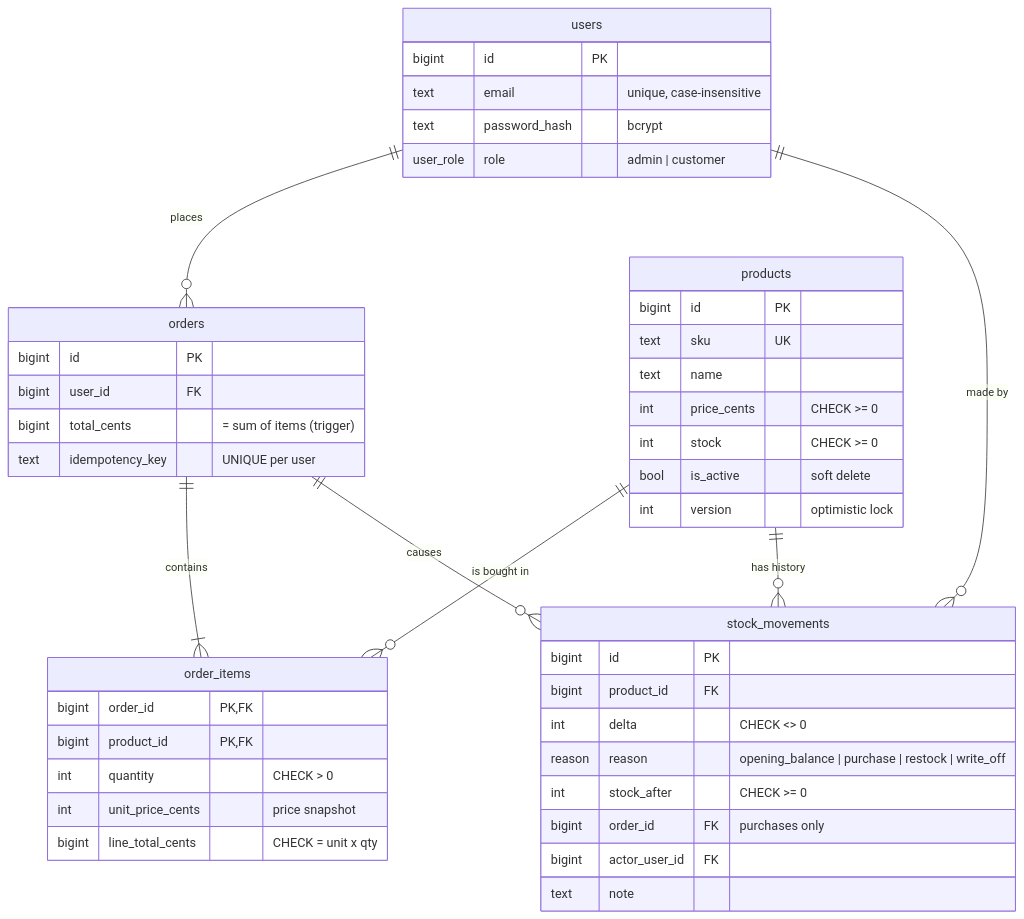
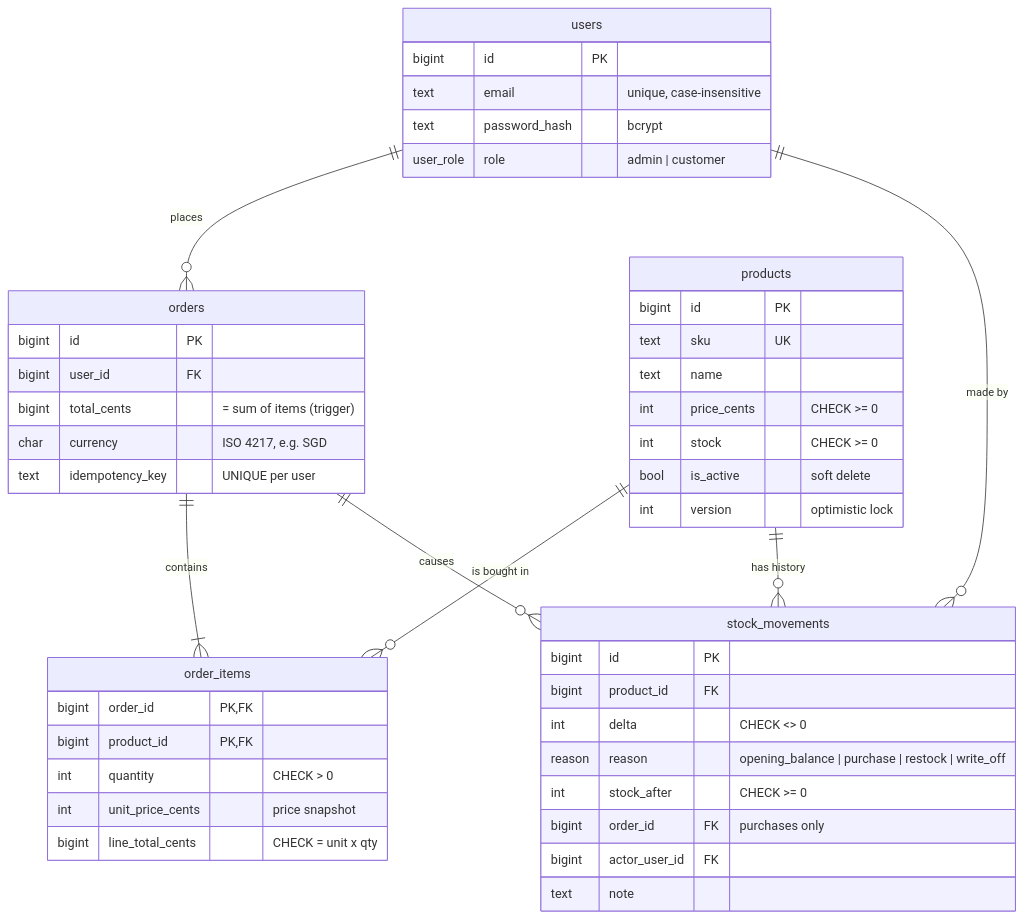
The diagram in ARCHITECTURE.md (naturalDev0/test-fs-store-product), drawn with Mermaid before and after one commit. The commit also changed other lines of this file and 15 other files, not shown here.

First line of the commit message:
Record the currency on each order, defaulting to SGD

````diff
--- a/ARCHITECTURE.md
+++ b/ARCHITECTURE.md
@@ -20,47 +20,48 @@
 ```mermaid
 erDiagram
   users ||--o{ orders : places
   orders ||--|{ order_items : contains
   products ||--o{ order_items : "is bought in"
   products ||--o{ stock_movements : "has history"
   orders ||--o{ stock_movements : causes
   users ||--o{ stock_movements : "made by"
   users {
     bigint id PK
     text email "unique, case-insensitive"
     text password_hash "bcrypt"
     user_role role "admin | customer"
   }
   products {
     bigint id PK
     text sku UK
     text name
     int price_cents "CHECK >= 0"
     int stock "CHECK >= 0"
     bool is_active "soft delete"
     int version "optimistic lock"
   }
   orders {
     bigint id PK
     bigint user_id FK
     bigint total_cents "= sum of items (trigger)"
+    char currency "ISO 4217, e.g. SGD"
     text idempotency_key "UNIQUE per user"
   }
   order_items {
     bigint order_id PK, FK
     bigint product_id PK, FK
     int quantity "CHECK > 0"
     int unit_price_cents "price snapshot"
     bigint line_total_cents "CHECK = unit x qty"
   }
   stock_movements {
     bigint id PK
     bigint product_id FK
     int delta "CHECK <> 0"
     reason reason "opening_balance | purchase | restock | write_off"
     int stock_after "CHECK >= 0"
     bigint order_id FK "purchases only"
     bigint actor_user_id FK
     text note
   }
 ```
````
